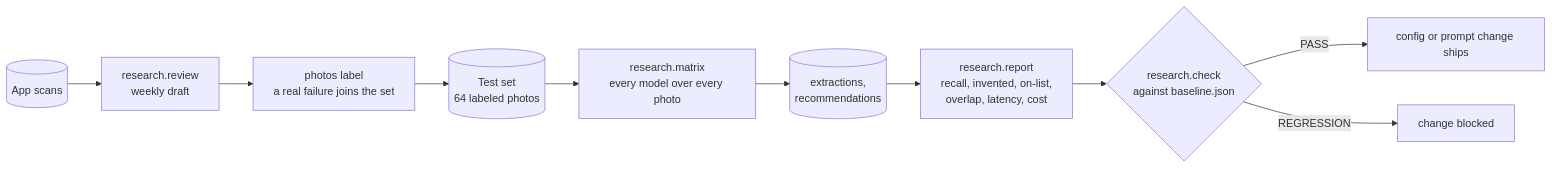
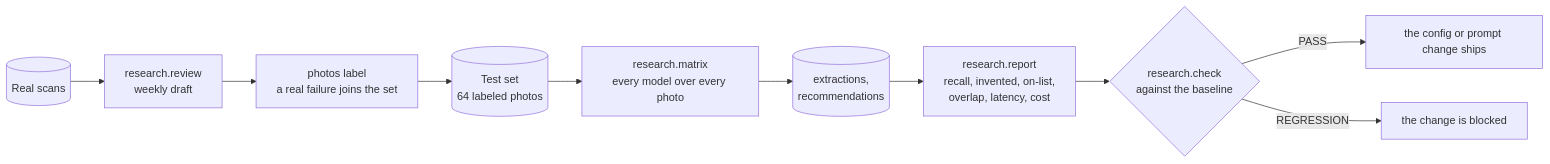
The third of 3 diagrams in README.md (MarinaWyss/ShelfScanner), drawn with Mermaid before and after one commit. The commit also changed other lines of this file and 4 other files, not shown here.

````diff
--- a/README.md
+++ b/README.md
@@ -206,12 +117,12 @@
 ```mermaid
 flowchart LR
     TS[(Test set<br/>64 labeled photos)] --> M[research.matrix<br/>every model over every photo]
     M --> ROWS[(extractions,<br/>recommendations)]
     ROWS --> REP[research.report<br/>recall, invented, on-list,<br/>overlap, latency, cost]
-    REP --> CHK{research.check<br/>against baseline.json}
-    CHK -->|PASS| SHIP[config or prompt change ships]
-    CHK -->|REGRESSION| STOP[change blocked]
-    APP[(App scans)] --> REV[research.review<br/>weekly draft]
+    REP --> CHK{research.check<br/>against the baseline}
+    CHK -->|PASS| SHIP[the config or prompt change ships]
+    CHK -->|REGRESSION| STOP[the change is blocked]
+    APP[(Real scans)] --> REV[research.review<br/>weekly draft]
     REV --> LBL[photos label<br/>a real failure joins the set]
     LBL --> TS
 ```
````
